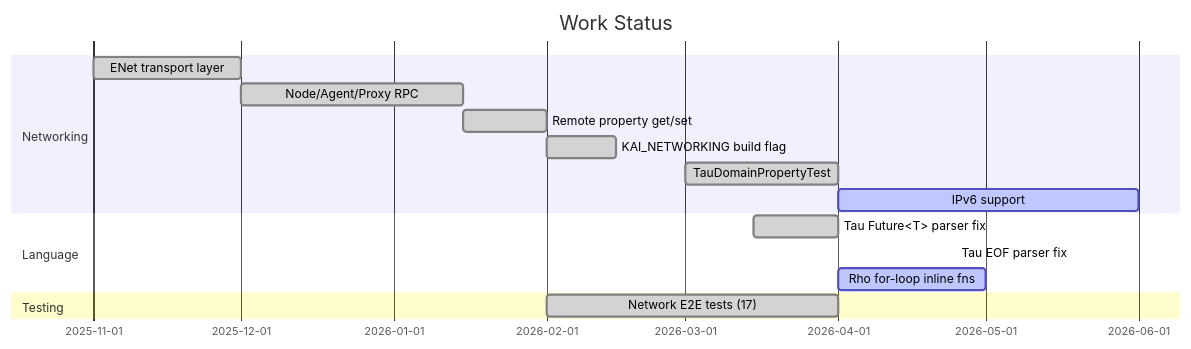
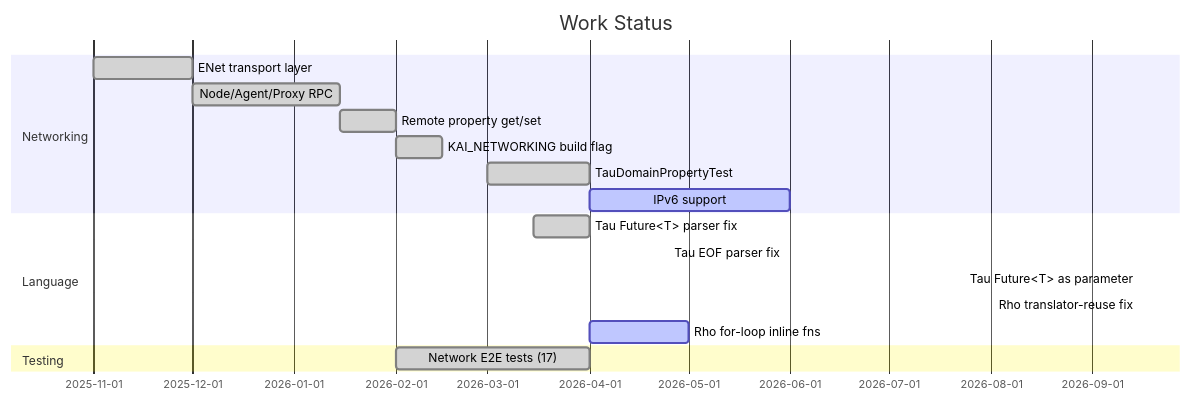
The diagram in Doc/TODO.md (cschladetsch/CppKAI), drawn with Mermaid before and after one commit. The commit also changed other lines of this file and 18 other files, not shown here.

````diff
--- a/Doc/TODO.md
+++ b/Doc/TODO.md
@@ -7,18 +7,20 @@
 ```mermaid
 gantt
     title Work Status
     dateFormat YYYY-MM-DD
     section Networking
     ENet transport layer        :done,   net1, 2025-11-01, 2025-12-01
     Node/Agent/Proxy RPC        :done,   net2, 2025-12-01, 2026-01-15
     Remote property get/set     :done,   net3, 2026-01-15, 2026-02-01
     KAI_NETWORKING build flag   :done,   net4, 2026-02-01, 2026-02-15
     TauDomainPropertyTest       :done,   net5, 2026-03-01, 2026-04-01
     IPv6 support                :active, net6, 2026-04-01, 2026-06-01
     section Language
     Tau Future<T> parser fix    :done,   tau1, 2026-03-15, 2026-04-01
     Tau EOF parser fix          :done,   tau2, 2026-04-25, 2026-04-25
+    Tau Future<T> as parameter  :done,   tau3, 2026-09-15, 2026-09-15
+    Rho translator-reuse fix    :done,   rho2, 2026-09-15, 2026-09-15
     Rho for-loop inline fns     :active, rho1, 2026-04-01, 2026-05-01
     section Testing
     Network E2E tests (17)      :done,   tst1, 2026-02-01, 2026-04-01
 ```
````
